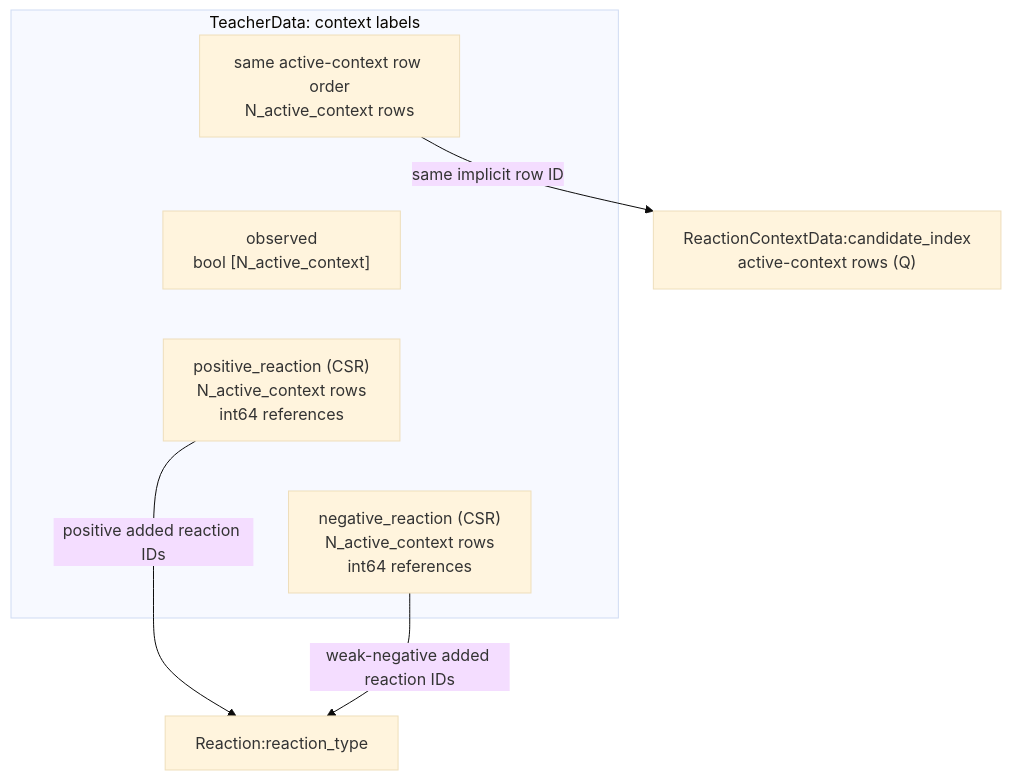
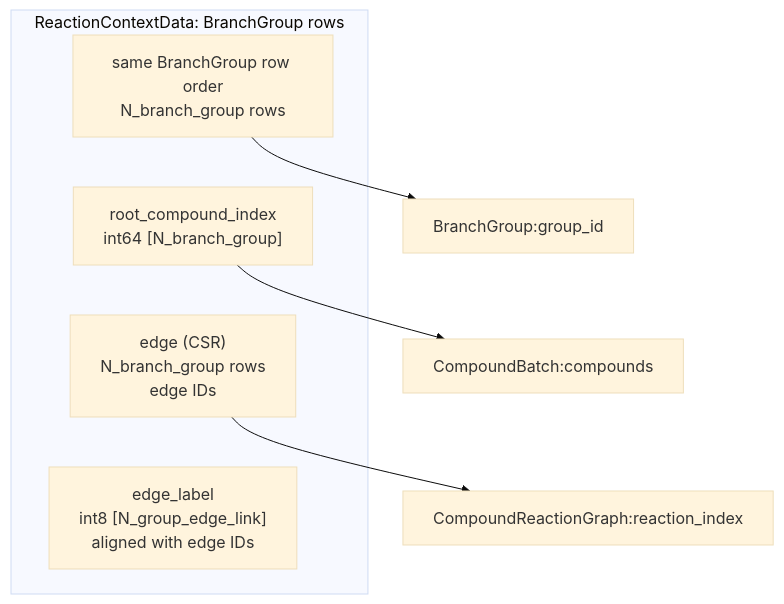
Diagram 13 of 15 in fredis/ml/input/SCHEMA.md (MotohiroOGAWA/FREDIS), drawn with Mermaid (base theme) before and after one commit. The commit also changed other lines of this file, not shown here.

Commit message:
refactor: Revise SourceReactionStructure schema for clarity and structure

````diff
--- a/fredis/ml/input/SCHEMA.md
+++ b/fredis/ml/input/SCHEMA.md
@@ -864,15 +976,19 @@
 ```mermaid
 flowchart TB
-    subgraph TL["TeacherData: context labels"]
-        ROW["same active-context row order<br/>N_active_context rows"]
-        OBS["observed<br/>bool [N_active_context]"]
-        POS["positive_reaction (CSR)<br/>N_active_context rows<br/>int64 references"]
-        NEG["negative_reaction (CSR)<br/>N_active_context rows<br/>int64 references"]
-        ROW ~~~ OBS ~~~ POS ~~~ NEG
+    subgraph RC["ReactionContextData: BranchGroup rows"]
+        ROW["same BranchGroup row order<br/>N_branch_group rows"]
+        ROOT["root_compound_index<br/>int64 [N_branch_group]"]
+        EDGE["edge (CSR)<br/>N_branch_group rows<br/>edge IDs"]
+        LABEL["edge_label<br/>int8 [N_group_edge_link]<br/>aligned with edge IDs"]
+        ROW ~~~ ROOT ~~~ EDGE ~~~ LABEL
     end
-    CONTEXT["ReactionContextData:candidate_index<br/>active-context rows (Q)"]
-    REACTION["Reaction:reaction_type"]
-    ROW -->|"same implicit row ID"| CONTEXT
-    POS -->|"positive added reaction IDs"| REACTION
-    NEG -->|"weak-negative added reaction IDs"| REACTION
+    BR["BranchGroup:group_id"]
+    CR["CompoundBatch:compounds"]
+    ER["CompoundReactionGraph:reaction_index"]
+    ROW --> BR
+    ROOT --> CR
+    EDGE --> ER
+    click BR "SCHEMA.md#27-branchgroup" "BranchGroup"
+    click CR "SCHEMA.md#24-compoundbatch" "CompoundBatch"
+    click ER "SCHEMA.md#210-compoundreactiongraph" "CompoundReactionGraph"
 ```
````
